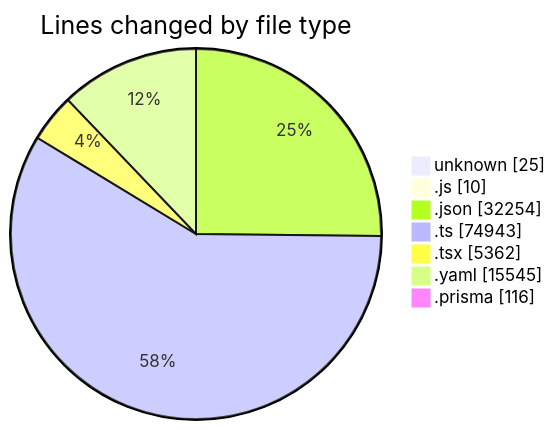
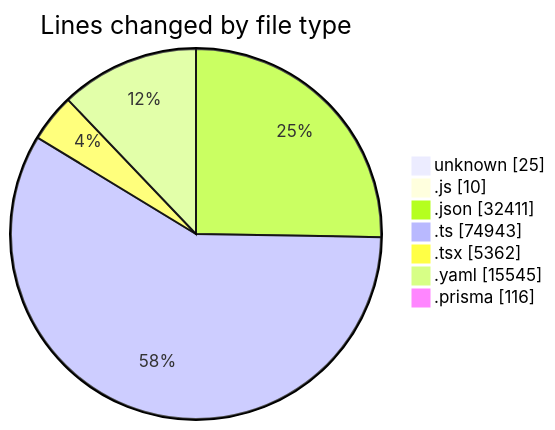
The first of 2 diagrams in 2025-05-02/ecodeli/README.md (CELIANVF/code-tracking), drawn with Mermaid before and after one commit. The commit also changed other lines of this file and 1 other file, not shown here.

````diff
--- a/2025-05-02/ecodeli/README.md
+++ b/2025-05-02/ecodeli/README.md
@@ -80,11 +80,11 @@
 ```mermaid
 pie showData
 title Lines changed by file type
 "unknown" : 25
 ".js" : 10
-".json" : 32254
+".json" : 32411
 ".ts" : 74943
 ".tsx" : 5362
 ".yaml" : 15545
 ".prisma" : 116
 ```
````
